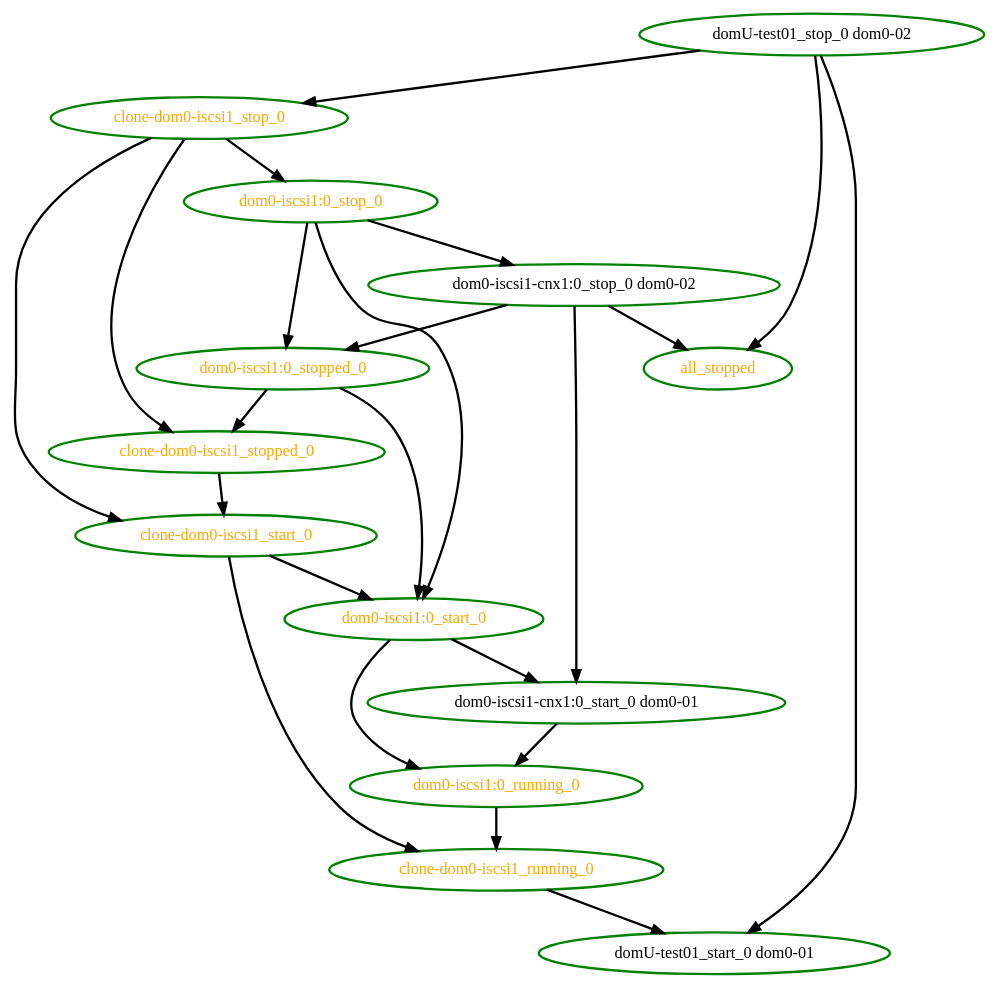
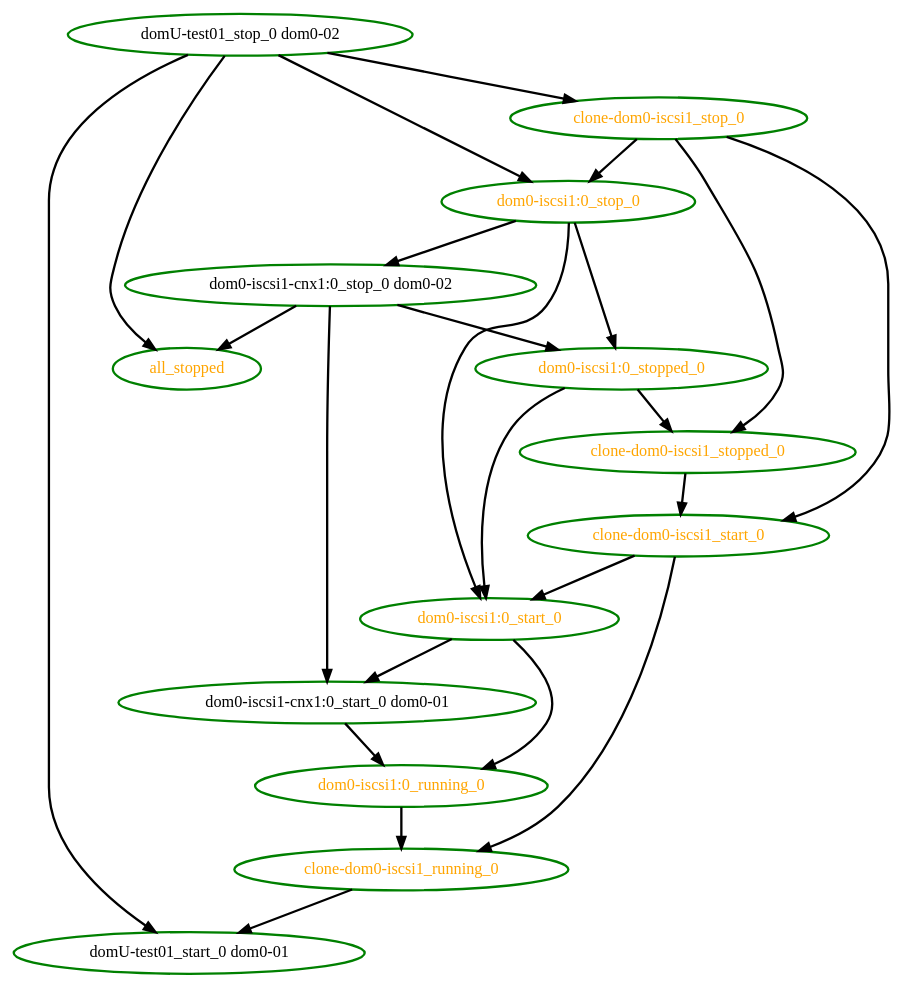
Before and after one commit to linux-ha-japan/pm_diskd: the diagram in pengine/test10/migrate-stop_start.dot, drawn with Graphviz. The commit also changed 38 other files, not shown here.

```diff
--- a/pengine/test10/migrate-stop_start.dot
+++ b/pengine/test10/migrate-stop_start.dot
@@ -1,37 +1,38 @@
 digraph "g" {
 "all_stopped" [ style=bold color="green" fontcolor="orange"  ]
 "clone-dom0-iscsi1_running_0" -> "domU-test01_start_0 dom0-01" [ style = bold]
 "clone-dom0-iscsi1_running_0" [ style=bold color="green" fontcolor="orange"  ]
 "clone-dom0-iscsi1_start_0" -> "clone-dom0-iscsi1_running_0" [ style = bold]
 "clone-dom0-iscsi1_start_0" -> "dom0-iscsi1:0_start_0" [ style = bold]
 "clone-dom0-iscsi1_start_0" [ style=bold color="green" fontcolor="orange"  ]
 "clone-dom0-iscsi1_stop_0" -> "clone-dom0-iscsi1_start_0" [ style = bold]
 "clone-dom0-iscsi1_stop_0" -> "clone-dom0-iscsi1_stopped_0" [ style = bold]
 "clone-dom0-iscsi1_stop_0" -> "dom0-iscsi1:0_stop_0" [ style = bold]
 "clone-dom0-iscsi1_stop_0" [ style=bold color="green" fontcolor="orange"  ]
 "clone-dom0-iscsi1_stopped_0" -> "clone-dom0-iscsi1_start_0" [ style = bold]
 "clone-dom0-iscsi1_stopped_0" [ style=bold color="green" fontcolor="orange"  ]
 "dom0-iscsi1-cnx1:0_start_0 dom0-01" -> "dom0-iscsi1:0_running_0" [ style = bold]
 "dom0-iscsi1-cnx1:0_start_0 dom0-01" [ style=bold color="green" fontcolor="black"  ]
 "dom0-iscsi1-cnx1:0_stop_0 dom0-02" -> "all_stopped" [ style = bold]
 "dom0-iscsi1-cnx1:0_stop_0 dom0-02" -> "dom0-iscsi1-cnx1:0_start_0 dom0-01" [ style = bold]
 "dom0-iscsi1-cnx1:0_stop_0 dom0-02" -> "dom0-iscsi1:0_stopped_0" [ style = bold]
 "dom0-iscsi1-cnx1:0_stop_0 dom0-02" [ style=bold color="green" fontcolor="black"  ]
 "dom0-iscsi1:0_running_0" -> "clone-dom0-iscsi1_running_0" [ style = bold]
 "dom0-iscsi1:0_running_0" [ style=bold color="green" fontcolor="orange"  ]
 "dom0-iscsi1:0_start_0" -> "dom0-iscsi1-cnx1:0_start_0 dom0-01" [ style = bold]
 "dom0-iscsi1:0_start_0" -> "dom0-iscsi1:0_running_0" [ style = bold]
 "dom0-iscsi1:0_start_0" [ style=bold color="green" fontcolor="orange"  ]
 "dom0-iscsi1:0_stop_0" -> "dom0-iscsi1-cnx1:0_stop_0 dom0-02" [ style = bold]
 "dom0-iscsi1:0_stop_0" -> "dom0-iscsi1:0_start_0" [ style = bold]
 "dom0-iscsi1:0_stop_0" -> "dom0-iscsi1:0_stopped_0" [ style = bold]
 "dom0-iscsi1:0_stop_0" [ style=bold color="green" fontcolor="orange"  ]
 "dom0-iscsi1:0_stopped_0" -> "clone-dom0-iscsi1_stopped_0" [ style = bold]
 "dom0-iscsi1:0_stopped_0" -> "dom0-iscsi1:0_start_0" [ style = bold]
 "dom0-iscsi1:0_stopped_0" [ style=bold color="green" fontcolor="orange"  ]
 "domU-test01_start_0 dom0-01" [ style=bold color="green" fontcolor="black"  ]
 "domU-test01_stop_0 dom0-02" -> "all_stopped" [ style = bold]
 "domU-test01_stop_0 dom0-02" -> "clone-dom0-iscsi1_stop_0" [ style = bold]
+"domU-test01_stop_0 dom0-02" -> "dom0-iscsi1:0_stop_0" [ style = bold]
 "domU-test01_stop_0 dom0-02" -> "domU-test01_start_0 dom0-01" [ style = bold]
 "domU-test01_stop_0 dom0-02" [ style=bold color="green" fontcolor="black"  ]
 }
```
